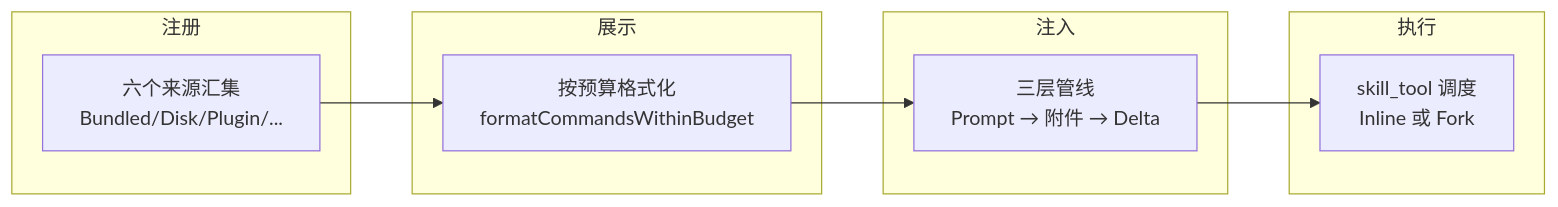
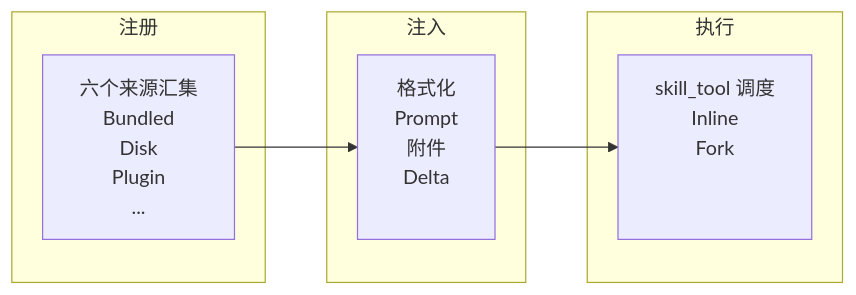
The fourth of 4 diagrams in mydocs/part5/18-SKILLS渐进式披露.md (binarylei/ClaudeCode), drawn with Mermaid before and after one commit. The commit also changed other lines of this file, not shown here.

Commit message:
[MOD] skill

````diff
--- a/mydocs/part5/18-SKILLS渐进式披露.md
+++ b/mydocs/part5/18-SKILLS渐进式披露.md
@@ -83,17 +83,14 @@
 ```mermaid
 flowchart LR
     subgraph 注册
-        A["六个来源汇集<br/>Bundled/Disk/Plugin/..."]
-    end
-    subgraph 展示
-        B["按预算格式化<br/>formatCommandsWithinBudget"]
+        A["六个来源汇集<br/>Bundled<br/>Disk<br/>Plugin<br/>...<br/>"]
     end
     subgraph 注入
-        C["三层管线<br/>Prompt → 附件 → Delta"]
+        B["格式化<br/>Prompt<br/>附件<br/>Delta<br/><br/>"]
     end
     subgraph 执行
-        D["skill_tool 调度<br/>Inline 或 Fork"]
+        C["skill_tool 调度<br/>Inline<br/>Fork<br/><br/><br/>"]
     end
     
-    A --> B --> C --> D
+    A --> B --> C
 ```
````
